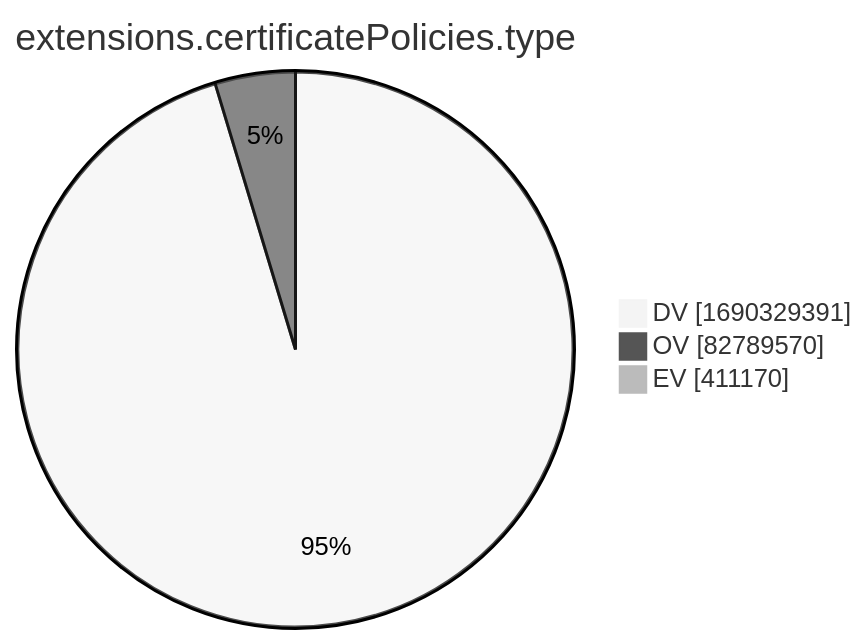
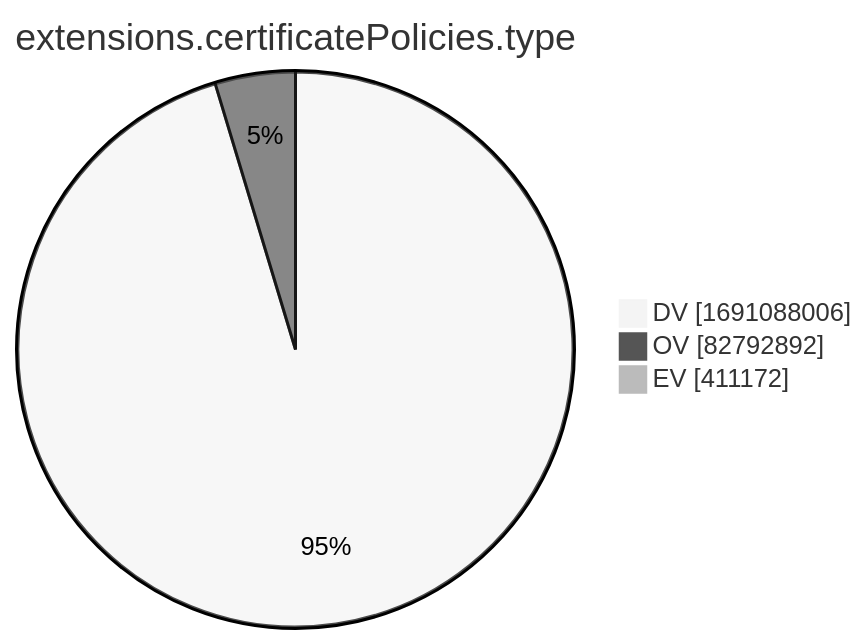
Before and after one commit to christiankrug/ctmonitor_visualization: the tenth of 15 diagrams in xenon2022/README.md, drawn with Mermaid (neutral theme). The commit also changed other lines of this file, not shown here.

````diff
--- a/xenon2022/README.md
+++ b/xenon2022/README.md
@@ -2881,7 +2881,7 @@
 ```mermaid
 pie showData
 title extensions.certificatePolicies.type
-"DV" :1690329391
-"OV" :82789570
-"EV" :411170
+"DV" :1691088006
+"OV" :82792892
+"EV" :411172
 ```
````
